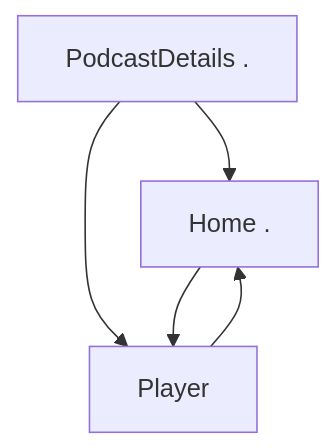
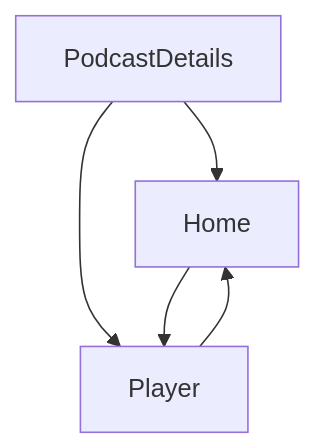
One commit to JetBrains/kotlin-multiplatform-dev-docs changed the second of 2 diagrams in topics/migrate-from-android.md. Above: the diagram before and after it, drawn with Mermaid. The commit also changed other lines of this file, not shown here.

Commit message:
fix: removing Mermaid workarounds as the bug is fixed

````diff
--- a/topics/migrate-from-android.md
+++ b/topics/migrate-from-android.md
@@ -326,44 +326,44 @@
 ```mermaid
 ---
 config:
   labelBackground: '#ded'
 ---
 flowchart TB
   %% Nodes (plain labels, no quotes/parentheses/braces)
-  %% Start[Start .]
-  Home[Home .]
+  %% Start[Start]
+  Home[Home]
   Player[Player]
-  PodcastDetailsRoute[PodcastDetails .]
+  PodcastDetailsRoute[PodcastDetails]
   %% DeepLinkEpisodes[Deep link to player]
   %% DeepLinkPodcasts[Deep link to podcast]
 
   %% Home’s supporting pane represented as a subgraph
   %% subgraph HomeSupportingPane
     %% direction LR
     %% HomeMain[Home main content]
     %% PodcastDetailsPane[PodcastDetails in supporting pane]
   %% end
 
   %% Start and primary navigation
   %% Start --> Home
 
   %% Home main actions
   Home --> Player
   %% Home -->|Select podcast| PodcastDetailsPane
 
   %% From PodcastDetails (supporting pane) actions
   %% PodcastDetailsPane --> Player
   %% PodcastDetailsPane --> Home
 
   %% Standalone routes (deep links)
   %% DeepLinkEpisodes --> Player
   %% DeepLinkPodcasts --> PodcastDetailsRoute
 
   %% From standalone PodcastDetails route
   PodcastDetailsRoute --> Player
   PodcastDetailsRoute --> Home
 
   %% Back behavior from Player (returns to previous context)
   Player --> Home
   %% Player -->|Back| PodcastDetailsPane
 ```
````
